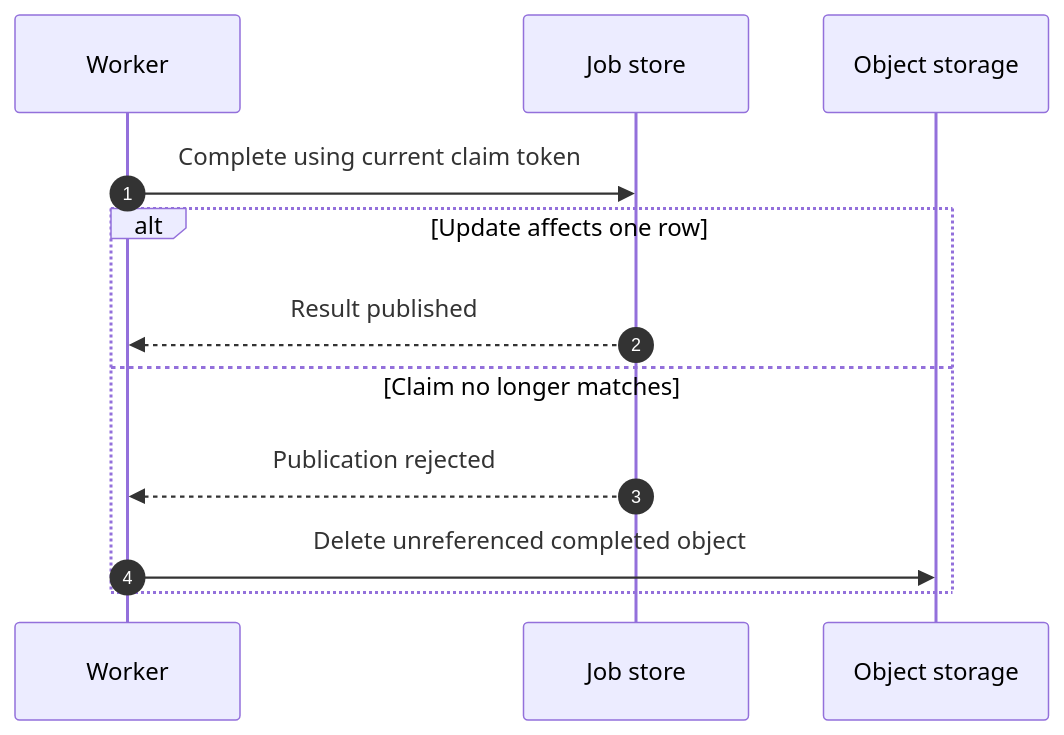
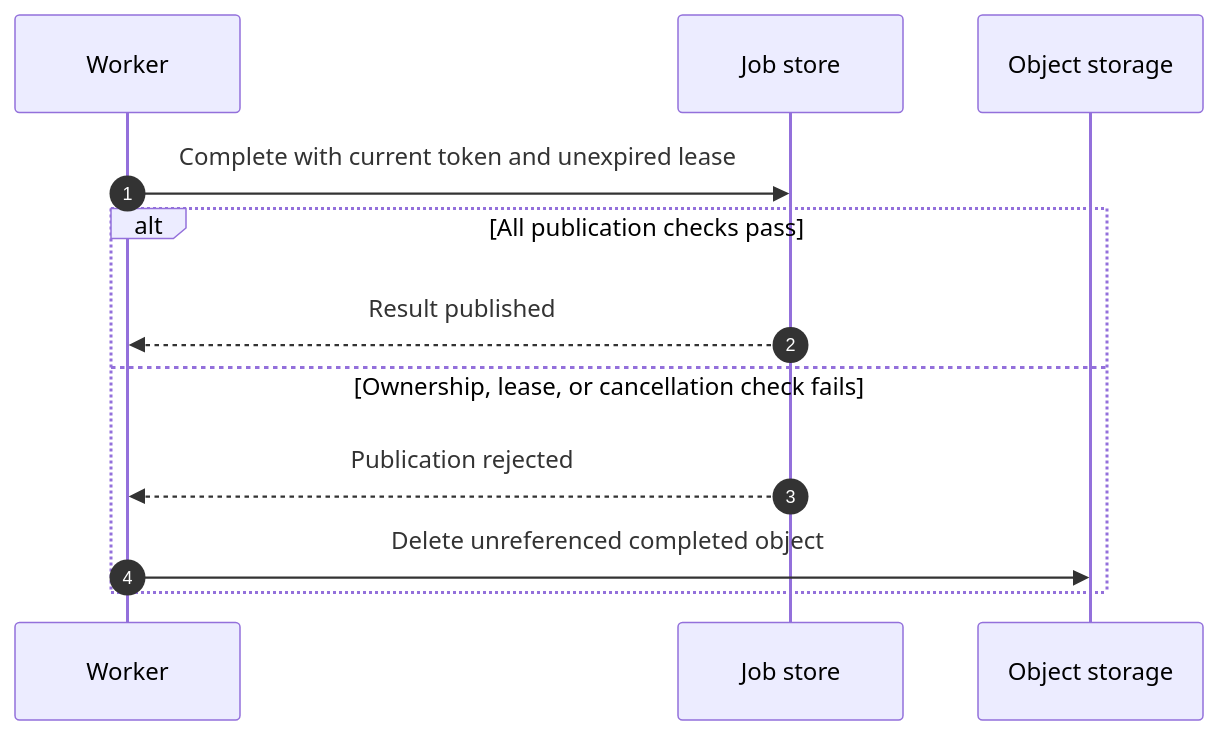
The fourth of 6 diagrams in docs/architecture/low-level-design.md (KannanThiraviam/OmniFlux-Exchange), drawn with Mermaid before and after one commit. The commit also changed other lines of this file and 58 other files, not shown here.

````diff
--- a/docs/architecture/low-level-design.md
+++ b/docs/architecture/low-level-design.md
@@ -96,14 +96,14 @@
 ```mermaid
 sequenceDiagram
     autonumber
     participant W as Worker
     participant DB as Job store
     participant O as Object storage
-    W->>DB: Complete using current claim token
-    alt Update affects one row
+    W->>DB: Complete with current token and unexpired lease
+    alt All publication checks pass
         DB-->>W: Result published
-    else Claim no longer matches
+    else Ownership, lease, or cancellation check fails
         DB-->>W: Publication rejected
         W->>O: Delete unreferenced completed object
     end
 ```
````
